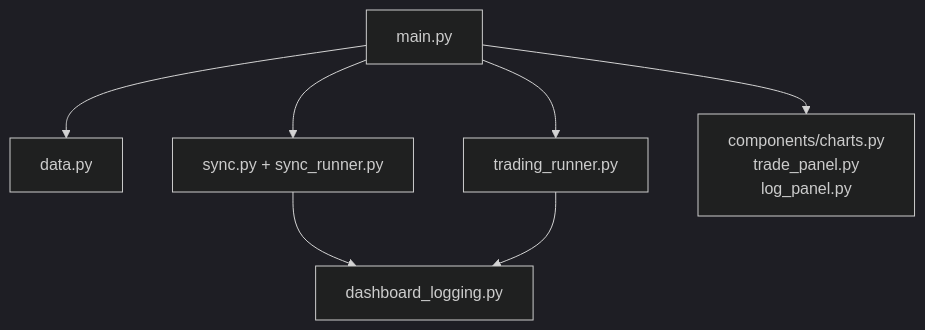
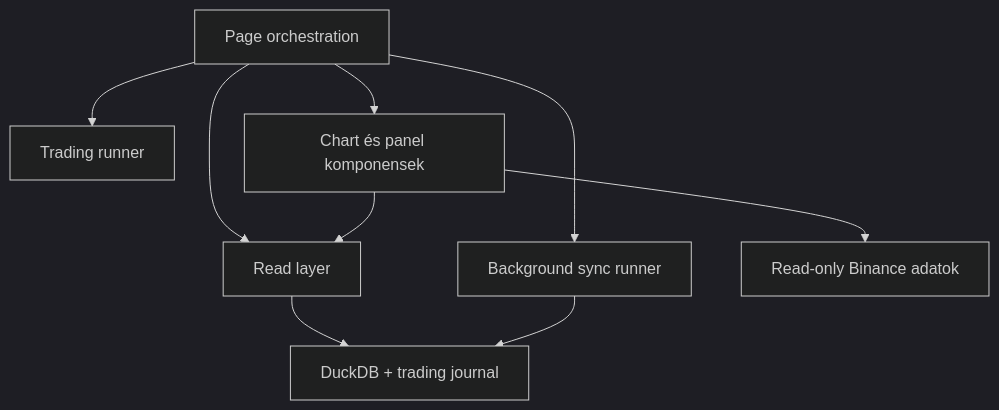
One commit to Nemesis14/chronoquant changed the first of 4 diagrams in _doc_/methodology_doc/8100_dashboard.md. Above: the diagram before and after it, drawn with Mermaid (dark theme). The commit also changed other lines of this file and 1415 other files, not shown here.

````diff
--- a/_doc_/methodology_doc/8100_dashboard.md
+++ b/_doc_/methodology_doc/8100_dashboard.md
@@ -11,16 +7,17 @@
 ```mermaid
 flowchart TD
-  MAIN["main.py"]
-  DATA["data.py"]
-  SYNC["sync.py + sync_runner.py"]
-  TR["trading_runner.py"]
-  LOG["dashboard_logging.py"]
-  COMP["components/charts.py<br/>trade_panel.py<br/>log_panel.py"]
+  MAIN[Page orchestration]
+  DATA[Read layer]
+  SYNC[Background sync runner]
+  TR[Trading runner]
+  COMP[Chart és panel komponensek]
+  DB[DuckDB + trading journal]
+  API[Read-only Binance adatok]
 
-  MAIN --> DATA
-  MAIN --> SYNC
+  MAIN --> DATA --> DB
+  MAIN --> SYNC --> DB
   MAIN --> TR
   MAIN --> COMP
-  SYNC --> LOG
-  TR --> LOG
+  COMP --> DATA
+  COMP --> API
 ```
````
